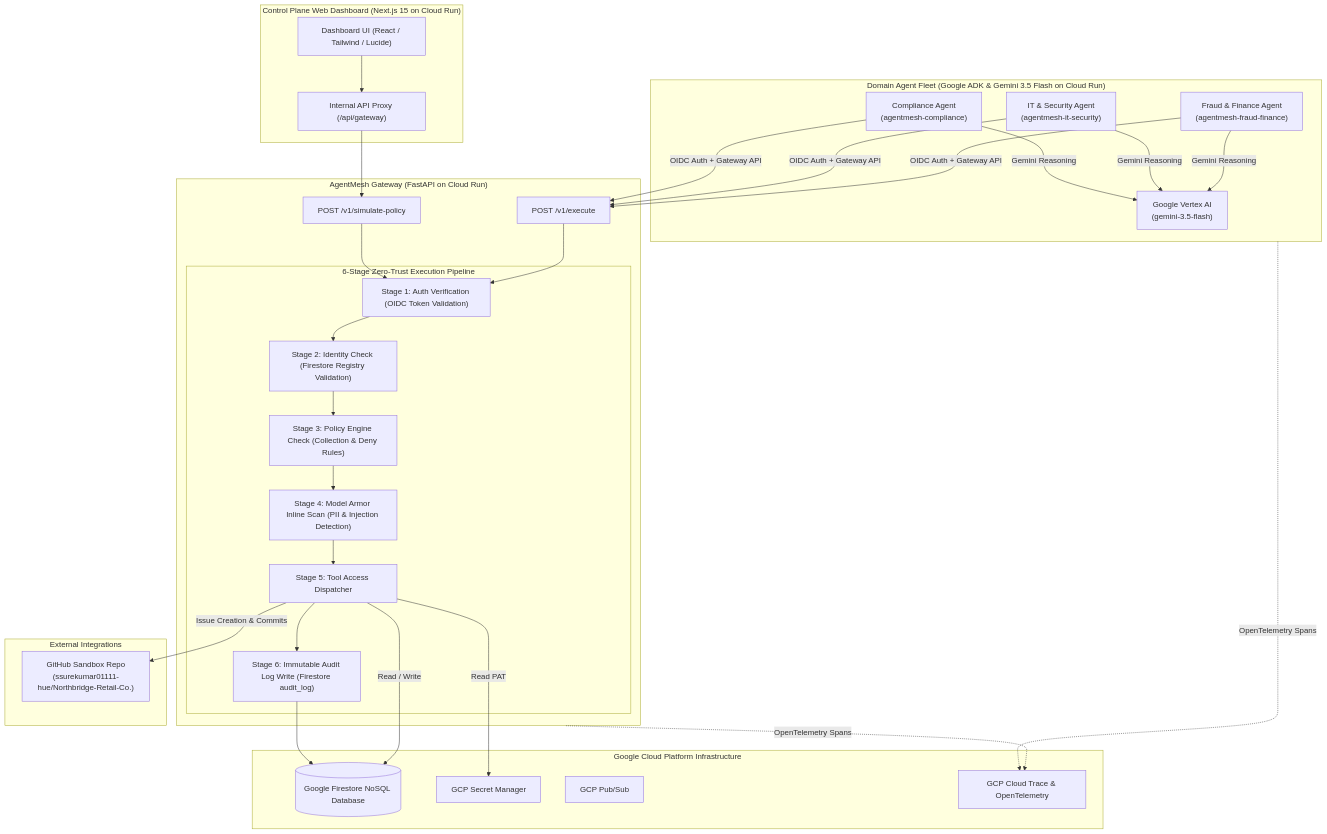
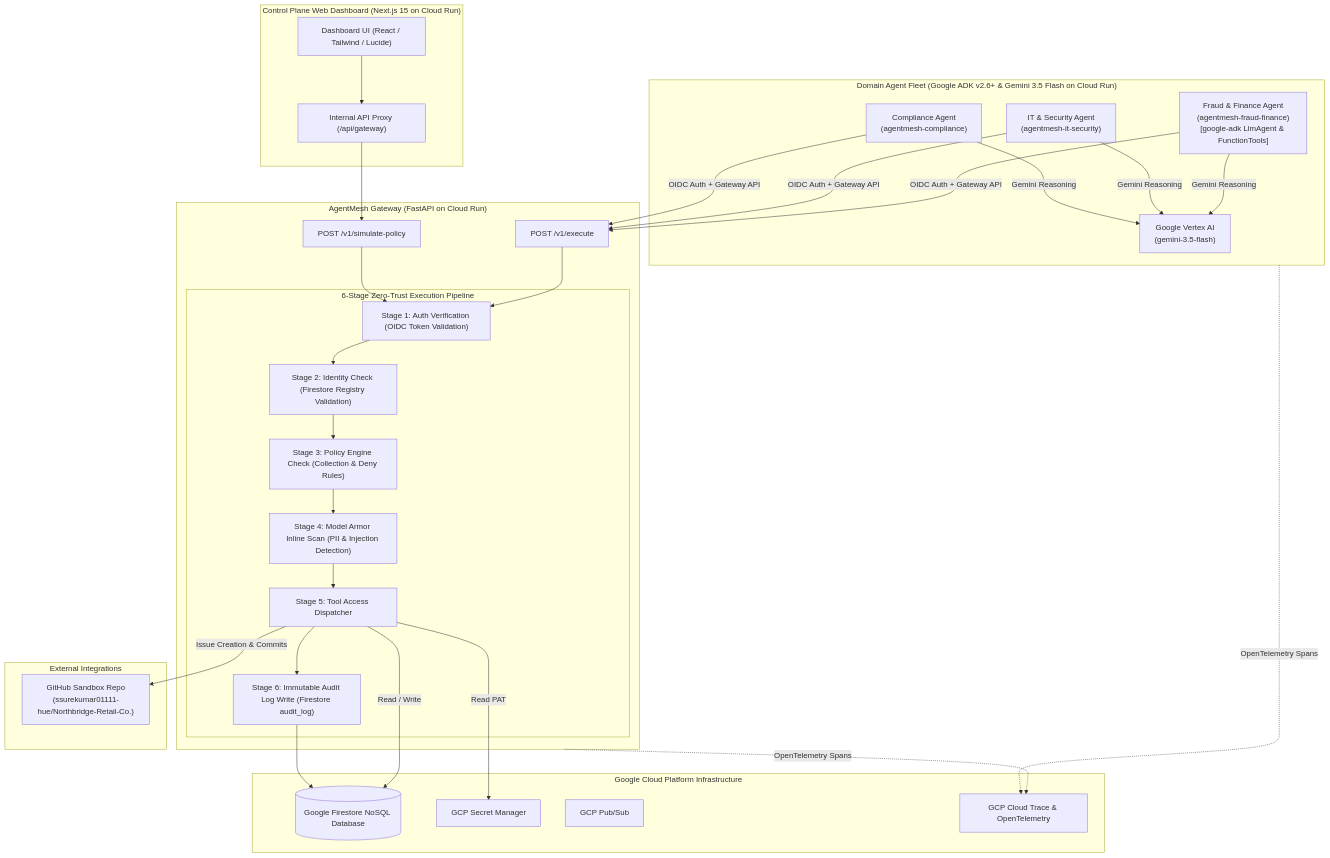
One commit to ssurekumar01111-hue/agentmesh-fleet changed the diagram in docs/architecture.md. Above: the diagram before and after it, drawn with Mermaid. The commit also changed 4 other files, not shown here.

````diff
--- a/docs/architecture.md
+++ b/docs/architecture.md
@@ -5,64 +5,65 @@
 ```mermaid
 flowchart TD
     subgraph Frontend["Control Plane Web Dashboard (Next.js 15 on Cloud Run)"]
         UI["Dashboard UI (React / Tailwind / Lucide)"]
         UI_API["Internal API Proxy (/api/gateway)"]
         UI --> UI_API
     end
 
     subgraph SecurityGateway["AgentMesh Gateway (FastAPI on Cloud Run)"]
         GW_ENTRY["POST /v1/execute"]
         GW_SIM["POST /v1/simulate-policy"]
         
         subgraph Pipeline["6-Stage Zero-Trust Execution Pipeline"]
             S1["Stage 1: Auth Verification (OIDC Token Validation)"]
             S2["Stage 2: Identity Check (Firestore Registry Validation)"]
             S3["Stage 3: Policy Engine Check (Collection & Deny Rules)"]
             S4["Stage 4: Model Armor Inline Scan (PII & Injection Detection)"]
             S5["Stage 5: Tool Access Dispatcher"]
             S6["Stage 6: Immutable Audit Log Write (Firestore audit_log)"]
             
             S1 --> S2 --> S3 --> S4 --> S5 --> S6
         end
 
         GW_ENTRY --> S1
         GW_SIM --> S1
     end
 
-    subgraph Agents["Domain Agent Fleet (Google ADK & Gemini 3.5 Flash on Cloud Run)"]
-        AG_FRAUD["Fraud & Finance Agent\n(agentmesh-fraud-finance)"]
+    subgraph Agents["Domain Agent Fleet (Google ADK v2.6+ & Gemini 3.5 Flash on Cloud Run)"]
+        AG_FRAUD["Fraud & Finance Agent\n(agentmesh-fraud-finance)\n[google-adk LlmAgent & FunctionTools]"]
         AG_IT["IT & Security Agent\n(agentmesh-it-security)"]
         AG_COMP["Compliance Agent\n(agentmesh-compliance)"]
 
         GEMINI["Google Vertex AI\n(gemini-3.5-flash)"]
 
         
         AG_FRAUD -->|Gemini Reasoning| GEMINI
         AG_IT -->|Gemini Reasoning| GEMINI
         AG_COMP -->|Gemini Reasoning| GEMINI
 
         AG_FRAUD -->|OIDC Auth + Gateway API| GW_ENTRY
         AG_IT -->|OIDC Auth + Gateway API| GW_ENTRY
         AG_COMP -->|OIDC Auth + Gateway API| GW_ENTRY
     end
+
 
     subgraph External["External Integrations"]
         GITHUB["GitHub Sandbox Repo\n(ssurekumar01111-hue/Northbridge-Retail-Co.)"]
     end
 
     subgraph GCPInfra["Google Cloud Platform Infrastructure"]
         FIRESTORE[(Google Firestore NoSQL Database)]
         SECRET_MGR[GCP Secret Manager]
         PUBSUB[GCP Pub/Sub]
         TRACE[GCP Cloud Trace & OpenTelemetry]
     end
 
     UI_API --> GW_SIM
     S5 -->|Read / Write| FIRESTORE
     S5 -->|Read PAT| SECRET_MGR
     S5 -->|Issue Creation & Commits| GITHUB
     S6 --> FIRESTORE
 
     SecurityGateway -.->|OpenTelemetry Spans| TRACE
     Agents -.->|OpenTelemetry Spans| TRACE
 ```
````
